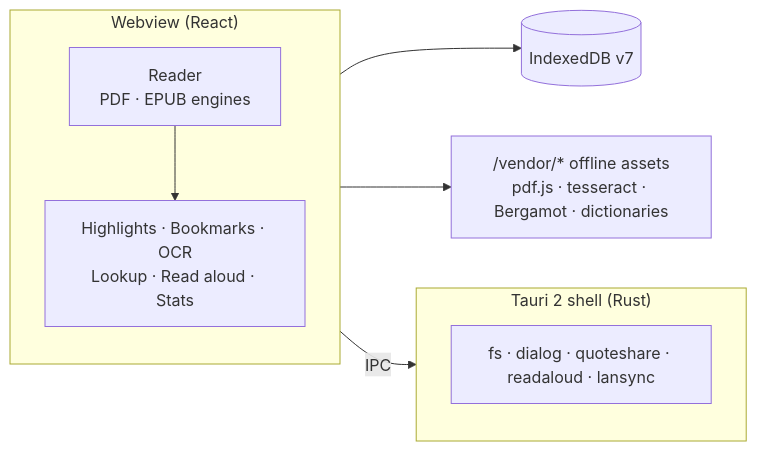
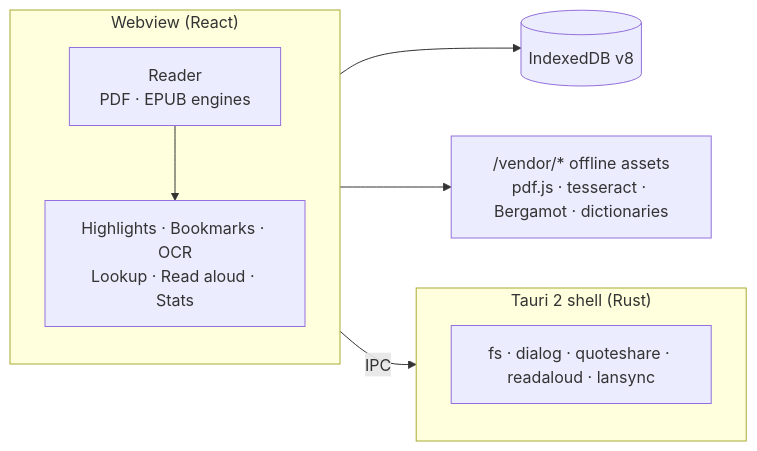
One commit to adityatriand/lumaread changed the diagram in README.md. Above: the diagram before and after it, drawn with Mermaid. The commit also changed other lines of this file and 25 other files, not shown here.

````diff
--- a/README.md
+++ b/README.md
@@ -150,14 +154,14 @@
 ```mermaid
 flowchart LR
   subgraph Shell["Tauri 2 shell (Rust)"]
     P["fs · dialog · quoteshare · readaloud · lansync"]
   end
   subgraph App["Webview (React)"]
     R["Reader<br/>PDF · EPUB engines"] --> F["Highlights · Bookmarks · OCR<br/>Lookup · Read aloud · Stats"]
   end
-  DB[("IndexedDB v7")]
+  DB[("IndexedDB v8")]
   V["/vendor/* offline assets<br/>pdf.js · tesseract · Bergamot · dictionaries"]
   App --> DB
   App --> V
   App -- IPC --> Shell
 ```
````
